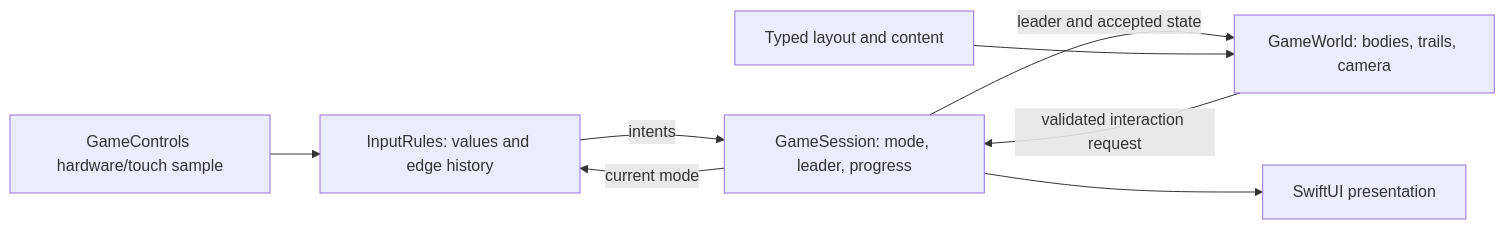
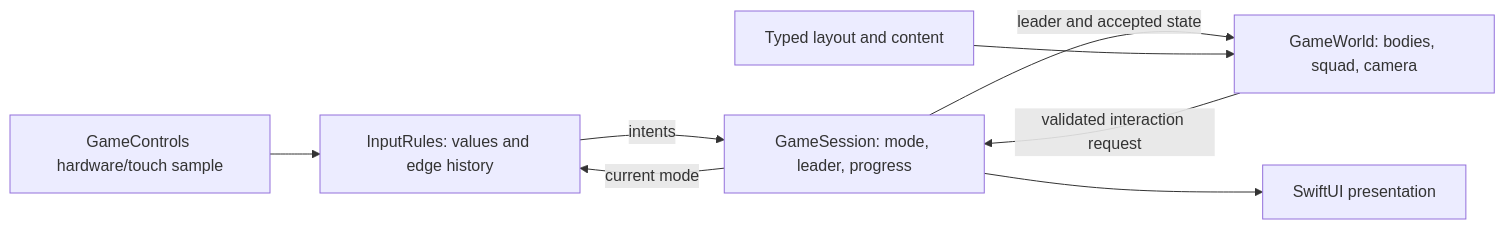
The diagram in docs/architecture.md (RonildoBraga/lauder), drawn with Mermaid before and after one commit. The commit also changed other lines of this file and 17 other files, not shown here.

````diff
--- a/docs/architecture.md
+++ b/docs/architecture.md
@@ -58,10 +58,10 @@
 ```mermaid
 flowchart LR
     H[GameControls hardware/touch sample] --> R[InputRules: values and edge history]
     S[GameSession: mode, leader, progress] -->|current mode| R
     R -->|intents| S
-    W[GameWorld: bodies, trails, camera] -->|validated interaction request| S
+    W[GameWorld: bodies, squad, camera] -->|validated interaction request| S
     S -->|leader and accepted state| W
     S --> U[SwiftUI presentation]
     C[Typed layout and content] --> W
 ```
````
